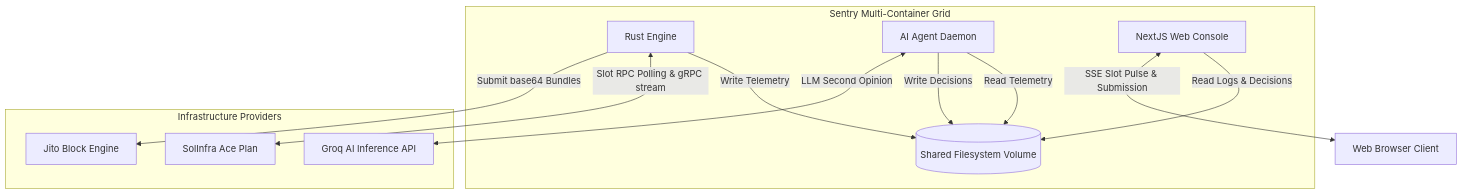
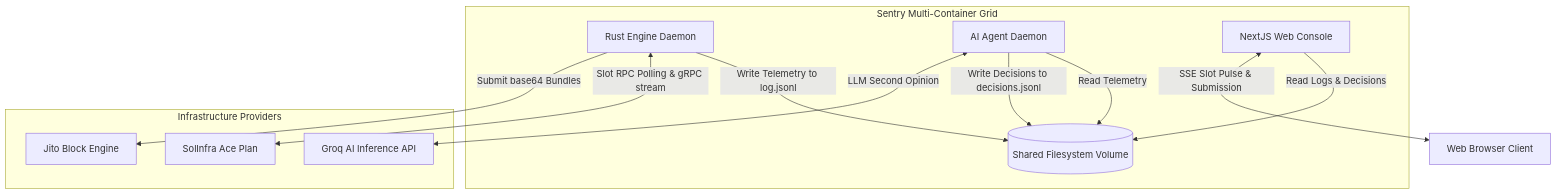
One commit to SamuelOluwayomi/smart-transaction-observatory changed the first of 3 diagrams in docs/docs/architecture.md. Above: the diagram before and after it, drawn with Mermaid. The commit also changed other lines of this file and 1 other file, not shown here.

````diff
--- a/docs/docs/architecture.md
+++ b/docs/docs/architecture.md
@@ -14,28 +31,28 @@
 ```mermaid
 graph TD
     %% Services
     subgraph Local_Stack [Sentry Multi-Container Grid]
-        Engine[Rust Engine]
+        Engine[Rust Engine Daemon]
         Agent[AI Agent Daemon]
         Console[NextJS Web Console]
         SharedVol[(Shared Filesystem Volume)]
     end
 
     subgraph External_Infrastructure [Infrastructure Providers]
         SolInfra[SolInfra Ace Plan]
         Jito[Jito Block Engine]
         Groq[Groq AI Inference API]
     end
 
     %% Communication Loops
-    Engine -->|Write Telemetry| SharedVol
+    Engine -->|Write Telemetry to log.jsonl| SharedVol
     Agent -->|Read Telemetry| SharedVol
-    Agent -->|Write Decisions| SharedVol
+    Agent -->|Write Decisions to decisions.jsonl| SharedVol
     Console -->|Read Logs & Decisions| SharedVol
-    
+
     %% Inputs/Outputs
     Engine <-->|Slot RPC Polling & gRPC stream| SolInfra
     Engine -->|Submit base64 Bundles| Jito
     Agent <-->|LLM Second Opinion| Groq
     Console <-->|SSE Slot Pulse & Submission| Client[Web Browser Client]
 ```
````
